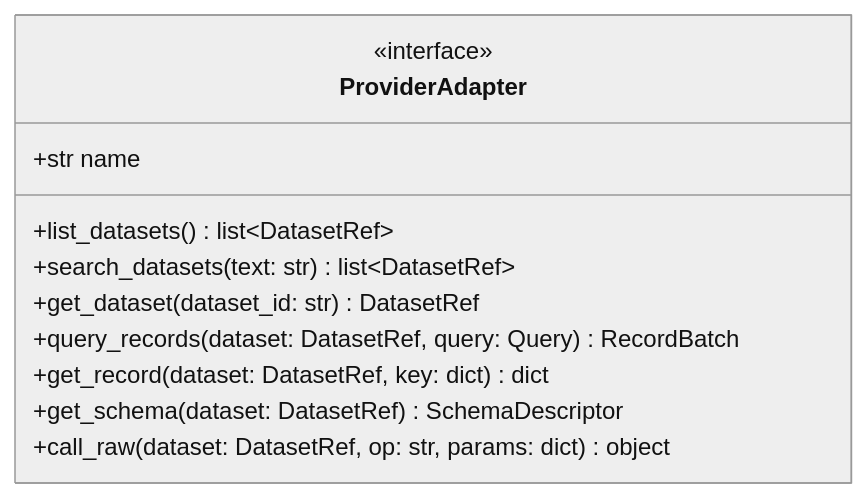
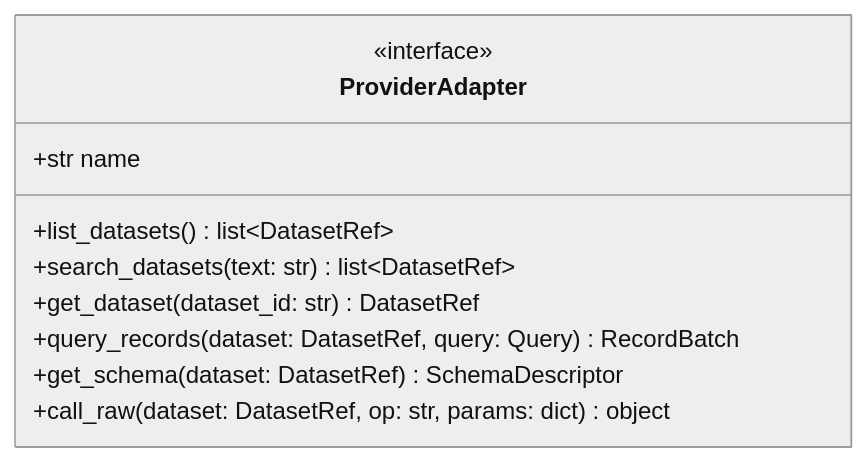
Before and after one commit to yeongseon/kpubdata: the third of 4 diagrams in PROVIDER_ADAPTER_CONTRACT.md, drawn with Mermaid (neutral theme). The commit also changed other lines of this file and 35 other files, not shown here.

First line of the commit message:
Add to_pandas(), remove get_record stubs, update docs for v0.2.0

````diff
--- a/PROVIDER_ADAPTER_CONTRACT.md
+++ b/PROVIDER_ADAPTER_CONTRACT.md
@@ -157,14 +156,13 @@
 ```mermaid
 classDiagram
     class ProviderAdapter {
         <<interface>>
         +str name
         +list_datasets() list~DatasetRef~
         +search_datasets(text: str) list~DatasetRef~
         +get_dataset(dataset_id: str) DatasetRef
         +query_records(dataset: DatasetRef, query: Query) RecordBatch
-        +get_record(dataset: DatasetRef, key: dict) dict
         +get_schema(dataset: DatasetRef) SchemaDescriptor
         +call_raw(dataset: DatasetRef, op: str, params: dict) object
     }
 ```
````
